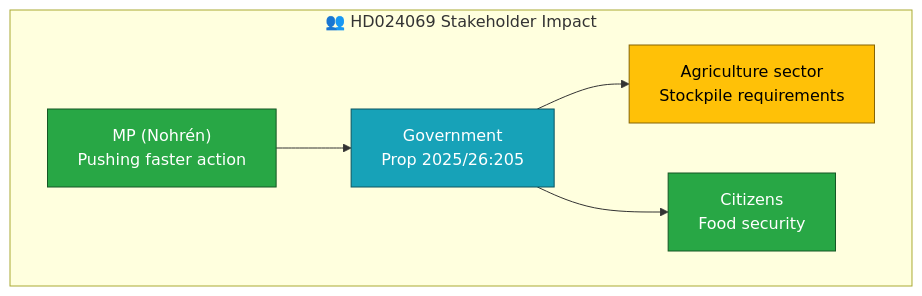
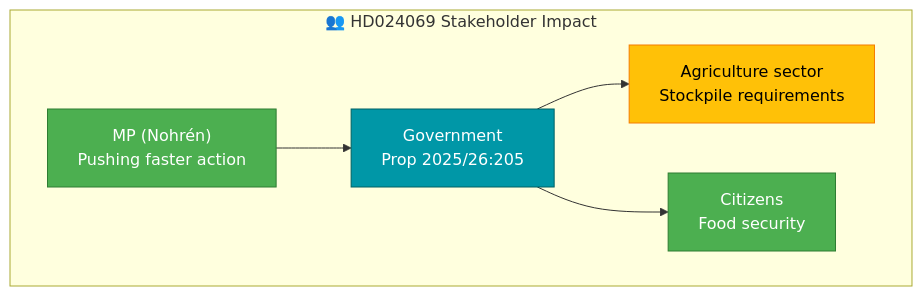
Before and after one commit to Hack23/riksdagsmonitor: the diagram in analysis/daily/2026-04-07/realtime-1411/documents/hd024069-analysis.md, drawn with Mermaid. The commit also changed 785 other files, not shown here.

First line of the commit message:
Normalize mermaid colors across 786 analysis artifacts to ISMS Style Guide palette

````diff
--- a/analysis/daily/2026-04-07/realtime-1411/documents/hd024069-analysis.md
+++ b/analysis/daily/2026-04-07/realtime-1411/documents/hd024069-analysis.md
@@ -36,16 +36,16 @@
 ```mermaid
 graph TD
     subgraph "👥 HD024069 Stakeholder Impact"
         MP_A["MP (Nohrén)<br>Pushing faster action"]
         GOV["Government<br>Prop 2025/26:205"]
         AGR["Agriculture sector<br>Stockpile requirements"]
         CIT["Citizens<br>Food security"]
     end
     MP_A --> GOV
     GOV --> AGR
     GOV --> CIT
-    style MP_A fill:#28a745,stroke:#155724,color:#fff
-    style GOV fill:#17a2b8,stroke:#0c5460,color:#fff
-    style AGR fill:#ffc107,stroke:#856404,color:#000
-    style CIT fill:#28a745,stroke:#155724,color:#fff
+    style MP_A fill:#4CAF50,stroke:#2E7D32,color:#FFFFFF
+    style GOV fill:#0097A7,stroke:#006064,color:#FFFFFF
+    style AGR fill:#FFC107,stroke:#F57C00,color:#000000
+    style CIT fill:#4CAF50,stroke:#2E7D32,color:#FFFFFF
 ```
````
